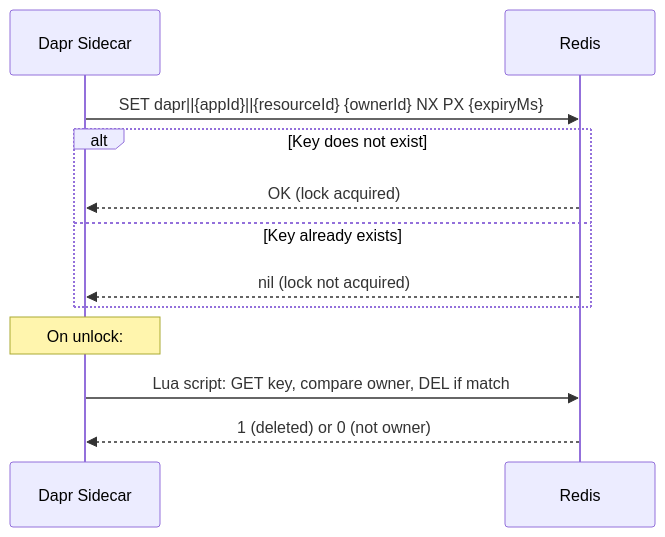
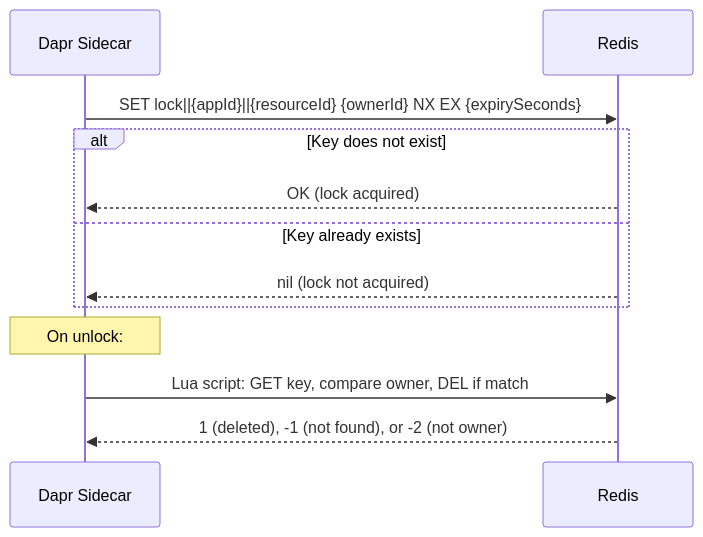
Before and after one commit to OneUptime/blog: the diagram in posts/2026-03-31-dapr-distributed-lock-redis/README.md, drawn with Mermaid. The commit also changed other lines of this file and 2 other files, not shown here.

Commit message:
validate: 2026-03-31-dapr-distributed-lock-redis

````diff
--- a/posts/2026-03-31-dapr-distributed-lock-redis/README.md
+++ b/posts/2026-03-31-dapr-distributed-lock-redis/README.md
@@ -17,16 +17,16 @@
 ```mermaid
 sequenceDiagram
     participant DaprSidecar as Dapr Sidecar
     participant Redis
 
-    DaprSidecar->>Redis: SET dapr||{appId}||{resourceId} {ownerId} NX PX {expiryMs}
+    DaprSidecar->>Redis: SET lock||{appId}||{resourceId} {ownerId} NX EX {expirySeconds}
     alt Key does not exist
         Redis-->>DaprSidecar: OK (lock acquired)
     else Key already exists
         Redis-->>DaprSidecar: nil (lock not acquired)
     end
 
     Note over DaprSidecar: On unlock:
     DaprSidecar->>Redis: Lua script: GET key, compare owner, DEL if match
-    Redis-->>DaprSidecar: 1 (deleted) or 0 (not owner)
+    Redis-->>DaprSidecar: 1 (deleted), -1 (not found), or -2 (not owner)
 ```
````
